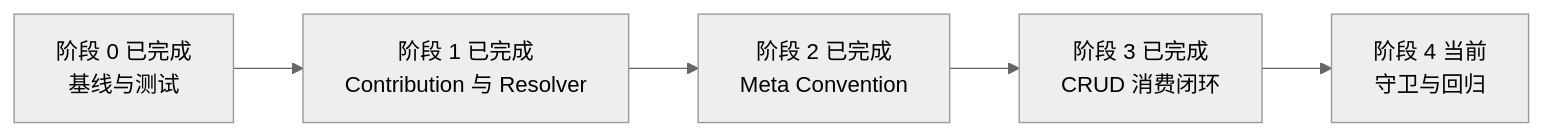
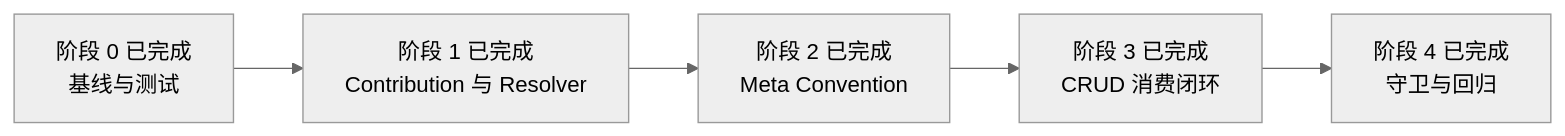
Before and after one commit to ent-loom/ent-loom: the diagram in docs/evolution/roadmap/meta/元数据裁决实施计划.md, drawn with Mermaid (neutral theme). The commit also changed other lines of this file and 5 other files, not shown here.

````diff
--- a/docs/evolution/roadmap/meta/元数据裁决实施计划.md
+++ b/docs/evolution/roadmap/meta/元数据裁决实施计划.md
@@ -11,7 +11,7 @@
 ```mermaid
 flowchart LR
     done["阶段 0 已完成<br/>基线与测试"] --> current["阶段 1 已完成<br/>Contribution 与 Resolver"]
     current --> meta["阶段 2 已完成<br/>Meta Convention"]
     meta --> crud["阶段 3 已完成<br/>CRUD 消费闭环"]
-    crud --> guards["阶段 4 当前<br/>守卫与回归"]
+    crud --> guards["阶段 4 已完成<br/>守卫与回归"]
 ```
````
